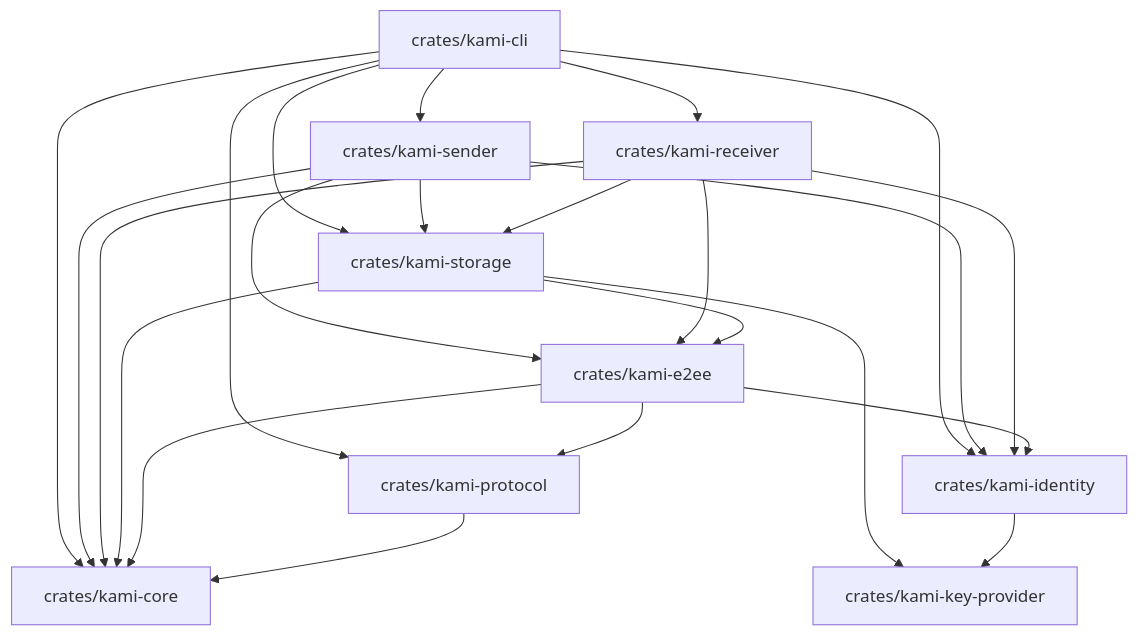
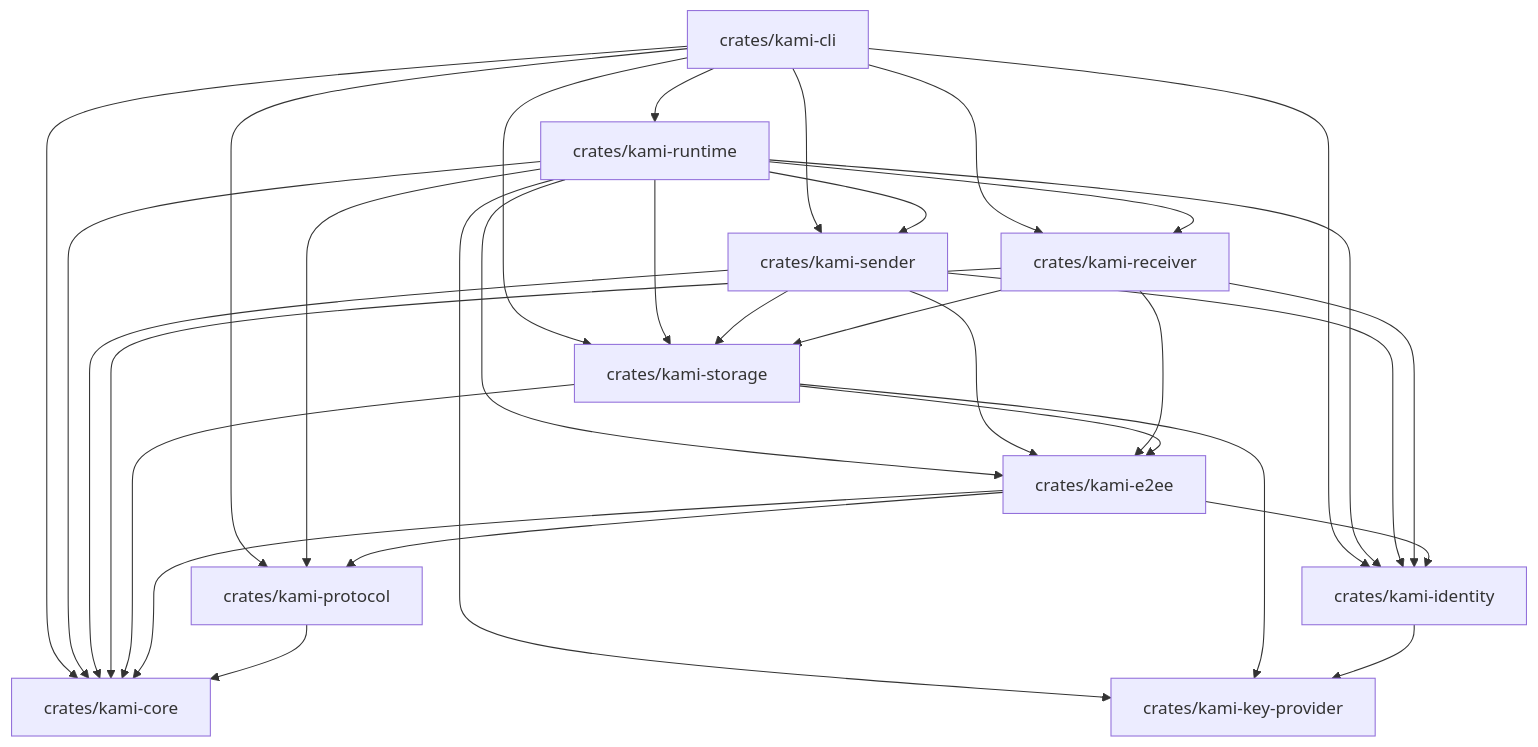
One commit to PraxiSophia/kami changed the diagram in knowledge/Code Analyzing/Code Analysis Home.md. Above: the diagram before and after it, drawn with Mermaid. The commit also changed other lines of this file and 33 other files, not shown here.

Commit message:
Implement KAMI-26 supervised Tokio runtime and documentation

````diff
--- a/knowledge/Code Analyzing/Code Analysis Home.md
+++ b/knowledge/Code Analyzing/Code Analysis Home.md
@@ -94,30 +105,40 @@
 ```mermaid
 graph TD
     CLI[crates/kami-cli] --> CORE[crates/kami-core]
     CLI --> PROTO[crates/kami-protocol]
     CLI --> STORAGE[crates/kami-storage]
     CLI --> IDENTITY[crates/kami-identity]
     CLI --> SENDER[crates/kami-sender]
     CLI --> RECEIVER[crates/kami-receiver]
+    CLI --> RUNTIME[crates/kami-runtime]
+
+    RUNTIME --> CORE
+    RUNTIME --> PROTO
+    RUNTIME --> KEYPROV[crates/kami-key-provider]
+    RUNTIME --> IDENTITY
+    RUNTIME --> STORAGE
+    RUNTIME --> E2EE[crates/kami-e2ee]
+    RUNTIME --> SENDER
+    RUNTIME --> RECEIVER
 
     SENDER --> CORE
     SENDER --> STORAGE
-    SENDER --> E2EE[crates/kami-e2ee]
+    SENDER --> E2EE
     SENDER --> IDENTITY
 
     RECEIVER --> CORE
     RECEIVER --> STORAGE
     RECEIVER --> E2EE
     RECEIVER --> IDENTITY
 
     STORAGE --> CORE
-    STORAGE --> KEYPROV[crates/kami-key-provider]
+    STORAGE --> KEYPROV
     STORAGE --> E2EE
 
     E2EE --> CORE
     E2EE --> IDENTITY
     E2EE --> PROTO
 
     IDENTITY --> KEYPROV
     PROTO --> CORE
 ```
````
